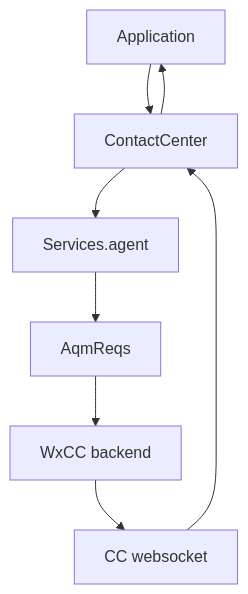
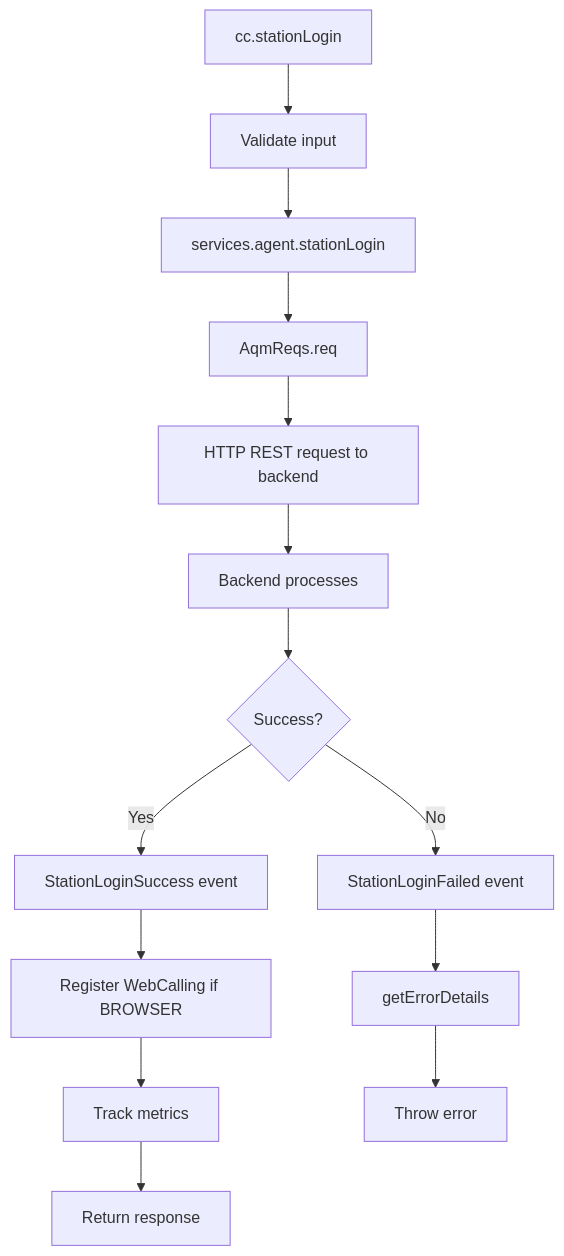
Before and after one commit to webex/webex-js-sdk: the first of 5 diagrams in packages/@webex/contact-center/src/services/agent/ai-docs/ARCHITECTURE.md, drawn with Mermaid. The commit also changed other lines of this file and 12 other files, not shown here.

Commit message:
fix(contact-center): address summary review feedback

````diff
--- a/packages/@webex/contact-center/src/services/agent/ai-docs/ARCHITECTURE.md
+++ b/packages/@webex/contact-center/src/services/agent/ai-docs/ARCHITECTURE.md
@@ -9,10 +65,16 @@
 ```mermaid
 flowchart TD
-  App[Application] --> CC[ContactCenter]
-  CC --> Services[Services.agent]
-  Services --> AQM[AqmReqs]
-  AQM --> Backend[WxCC backend]
-  Backend --> WS[CC websocket]
-  WS --> CC
-  CC --> App
+    A[cc.stationLogin] --> B[Validate input]
+    B --> C[services.agent.stationLogin]
+    C --> D[AqmReqs.req]
+    D --> E[HTTP REST request to backend]
+    E --> F[Backend processes]
+    F --> G{Success?}
+    G -->|Yes| H[StationLoginSuccess event]
+    G -->|No| I[StationLoginFailed event]
+    H --> J[Register WebCalling if BROWSER]
+    J --> K[Track metrics]
+    K --> L[Return response]
+    I --> M[getErrorDetails]
+    M --> N[Throw error]
 ```
````
